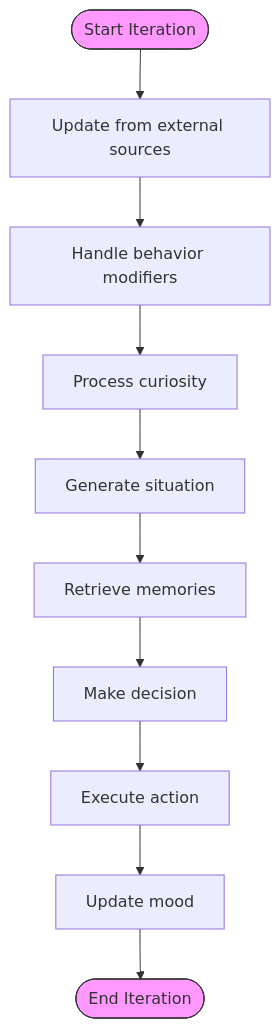
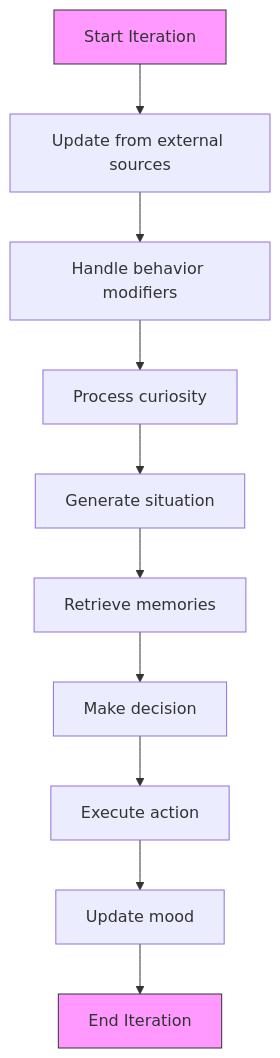
Before and after one commit to Likhithsai2580/RAVANA-WIKI: the fourth of 4 diagrams in docs/Core System/Shared State Management.md, drawn with Mermaid. The commit also changed 52 other files, not shown here.

First line of the commit message:
chore(docs): update documentation content, fix Mermaid diagrams, and enhance README

````diff
--- a/docs/Core System/Shared State Management.md
+++ b/docs/Core System/Shared State Management.md
@@ -239,14 +239,14 @@
 ```mermaid
 flowchart TD
-Start([Start Iteration]) --> ExternalUpdates["Update from external sources"]
+Start["Start Iteration"] --> ExternalUpdates["Update from external sources"]
 ExternalUpdates --> BehaviorHandling["Handle behavior modifiers"]
 BehaviorHandling --> Curiosity["Process curiosity"]
 Curiosity --> Situation["Generate situation"]
 Situation --> Memory["Retrieve memories"]
 Memory --> Decision["Make decision"]
 Decision --> Action["Execute action"]
 Action --> MoodUpdate["Update mood"]
-MoodUpdate --> End([End Iteration])
+MoodUpdate --> End["End Iteration"]
 style Start fill:#f9f,stroke:#333
 style End fill:#f9f,stroke:#333
 ```
````
